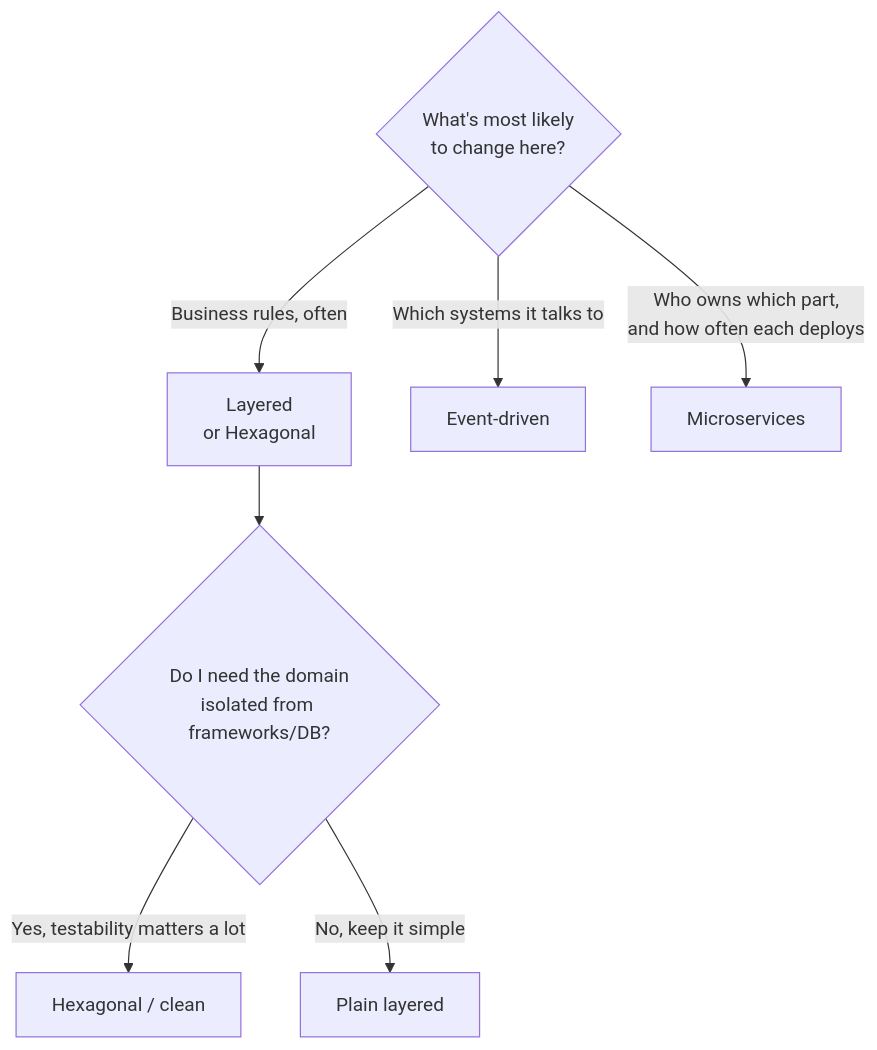
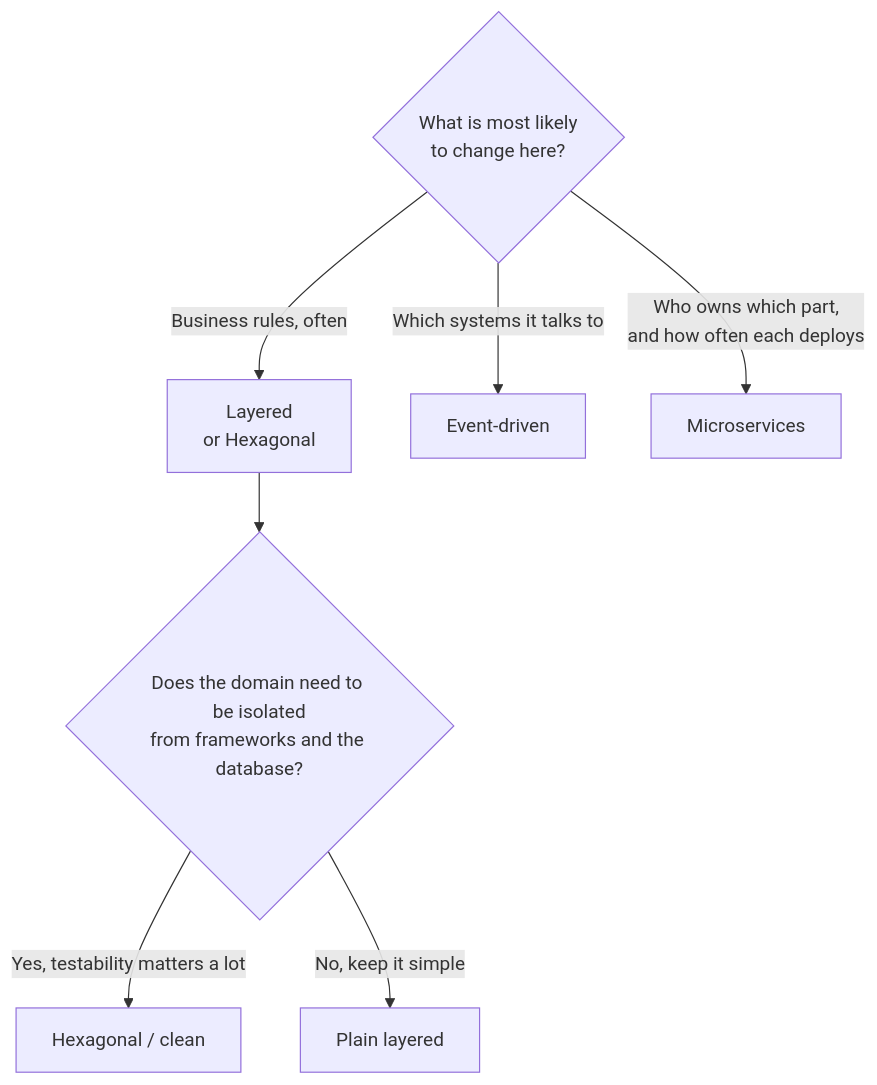
One commit to francoandreDev/knowledge changed the diagram in src/content/architecture/architecture-styles/L1-summary.mdx. Above: the diagram before and after it, drawn with Mermaid. The commit also changed other lines of this file and 16 other files, not shown here.

Commit message:
Migrate software-design closing units and architecture batch 1 (evolutionary-design, long-term-design-judgment, architecture-styles, domain-driven-design) to the three-tier exercise model

````diff
--- a/src/content/architecture/architecture-styles/L1-summary.mdx
+++ b/src/content/architecture/architecture-styles/L1-summary.mdx
@@ -100,10 +119,10 @@
 ```mermaid
 flowchart TD
-    Q1{"What's most likely\nto change here?"}
+    Q1{"What is most likely\nto change here?"}
     Q1 -->|Business rules, often| L["Layered\nor Hexagonal"]
     Q1 -->|Which systems it talks to| E["Event-driven"]
     Q1 -->|Who owns which part,\nand how often each deploys| M["Microservices"]
-    L --> Q2{"Do I need the domain\nisolated from frameworks/DB?"}
+    L --> Q2{"Does the domain need to be isolated\nfrom frameworks and the database?"}
     Q2 -->|Yes, testability matters a lot| H["Hexagonal / clean"]
     Q2 -->|No, keep it simple| Lay["Plain layered"]
 ```
````
